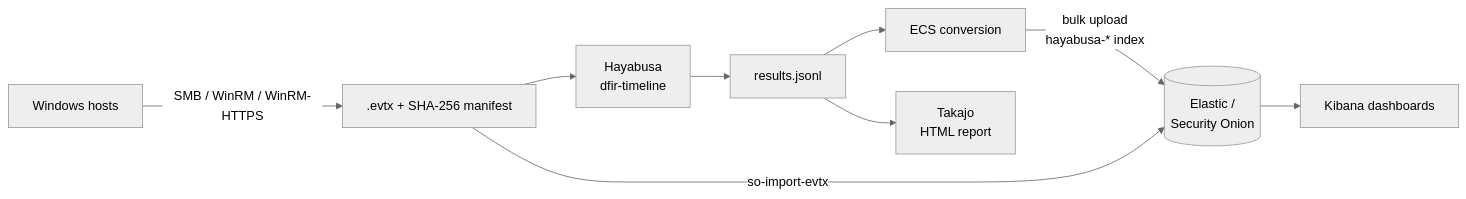
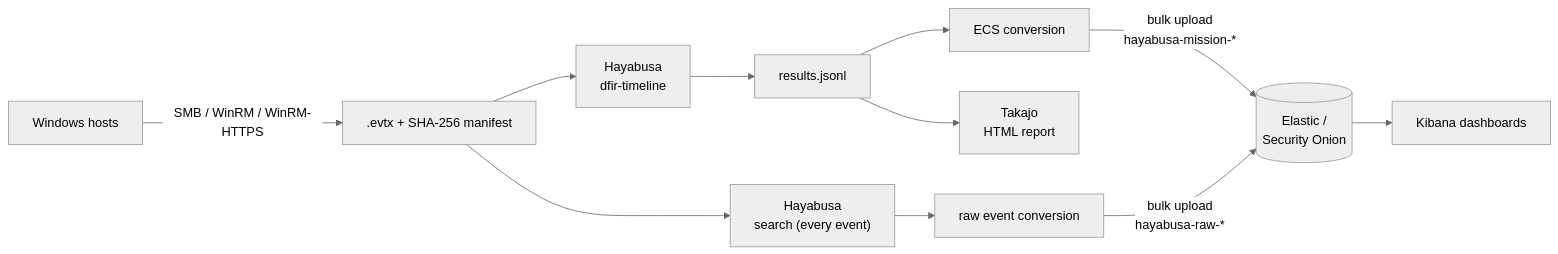
The diagram in README.md (darnokgg/EVTXER), drawn with Mermaid (neutral theme) before and after one commit. The commit also changed other lines of this file and 44 other files, not shown here.

Commit message:
EVTXER v82: raw-event dashboards for lateral movement, Active Directory, persistence & evasion (also v81: raw events over 9200, every event uploaded beside the detections)

````diff
--- a/README.md
+++ b/README.md
@@ -61,11 +67,13 @@
 ```mermaid
 flowchart LR
     T[Windows hosts] -- "SMB / WinRM / WinRM-HTTPS" --> E[".evtx + SHA-256 manifest"]
     E --> H["Hayabusa<br/>dfir-timeline"]
     H --> J["results.jsonl"]
     J --> C["ECS conversion"]
-    C -- "bulk upload<br/>hayabusa-* index" --> K[("Elastic /<br/>Security Onion")]
+    C -- "bulk upload<br/>hayabusa-mission-*" --> K[("Elastic /<br/>Security Onion")]
     J --> TK["Takajo<br/>HTML report"]
-    E -- "so-import-evtx" --> K
+    E --> S["Hayabusa<br/>search (every event)"]
+    S --> R["raw event conversion"]
+    R -- "bulk upload<br/>hayabusa-raw-*" --> K
     K --> D["Kibana dashboards"]
 ```
````
